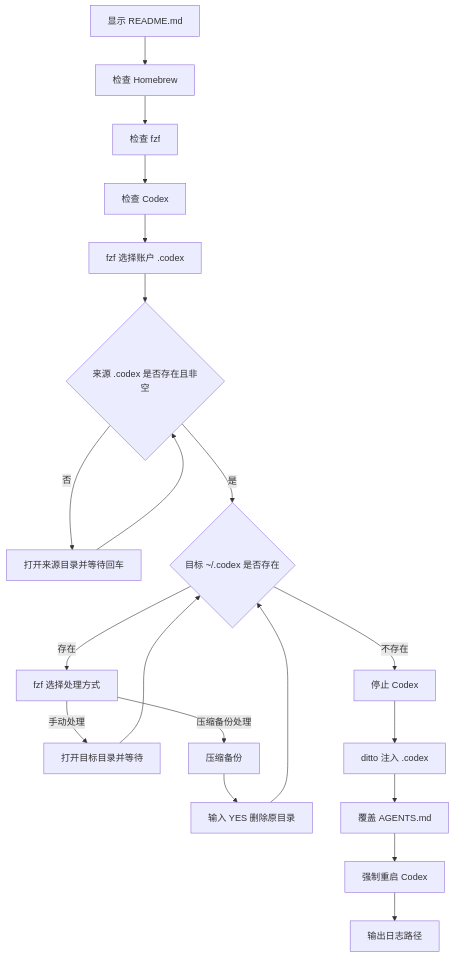
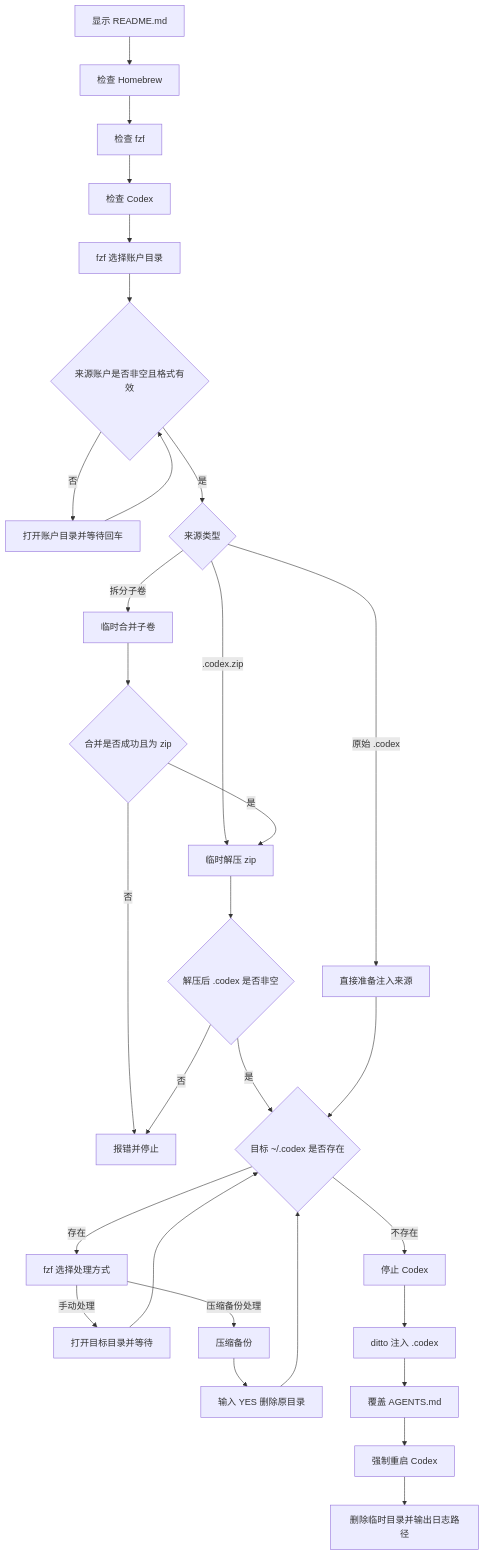
Before and after one commit to JobsKits/JobsCodexConfigs: the diagram in README.md, drawn with Mermaid. The commit also changed other lines of this file and 2104 other files, not shown here.

````diff
--- a/README.md
+++ b/README.md
@@ -131,22 +156,32 @@
   ```mermaid
   flowchart TD
     A[显示 README.md] --> B[检查 Homebrew]
     B --> C[检查 fzf]
     C --> D[检查 Codex]
-    D --> E[fzf 选择账户 .codex]
-    E --> F{来源 .codex 是否存在且非空}
-    F -- 否 --> G[打开来源目录并等待回车]
+    D --> E[fzf 选择账户目录]
+    E --> F{来源账户是否非空且格式有效}
+    F -- 否 --> G[打开账户目录并等待回车]
     G --> F
-    F -- 是 --> H{目标 ~/.codex 是否存在}
-    H -- 不存在 --> I[停止 Codex]
-    H -- 存在 --> J[fzf 选择处理方式]
-    J -- 手动处理 --> K[打开目标目录并等待]
-    K --> H
-    J -- 压缩备份处理 --> L[压缩备份]
-    L --> M[输入 YES 删除原目录]
-    M --> H
-    I --> N[ditto 注入 .codex]
-    N --> O[覆盖 AGENTS.md]
-    O --> P[强制重启 Codex]
-    P --> Q[输出日志路径]
+    F -- 是 --> H{来源类型}
+    H -- 原始 .codex --> I[直接准备注入来源]
+    H -- .codex.zip --> J[临时解压 zip]
+    H -- 拆分子卷 --> K[临时合并子卷]
+    K --> L{合并是否成功且为 zip}
+    L -- 否 --> M[报错并停止]
+    L -- 是 --> J
+    J --> N{解压后 .codex 是否非空}
+    N -- 否 --> M
+    N -- 是 --> O{目标 ~/.codex 是否存在}
+    I --> O
+    O -- 不存在 --> P[停止 Codex]
+    O -- 存在 --> Q[fzf 选择处理方式]
+    Q -- 手动处理 --> R[打开目标目录并等待]
+    R --> O
+    Q -- 压缩备份处理 --> S[压缩备份]
+    S --> T[输入 YES 删除原目录]
+    T --> O
+    P --> U[ditto 注入 .codex]
+    U --> V[覆盖 AGENTS.md]
+    V --> W[强制重启 Codex]
+    W --> X[删除临时目录并输出日志路径]
   ```
````
